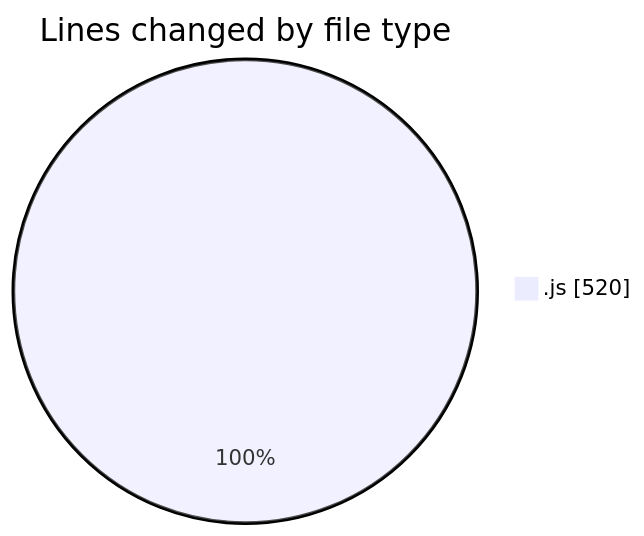
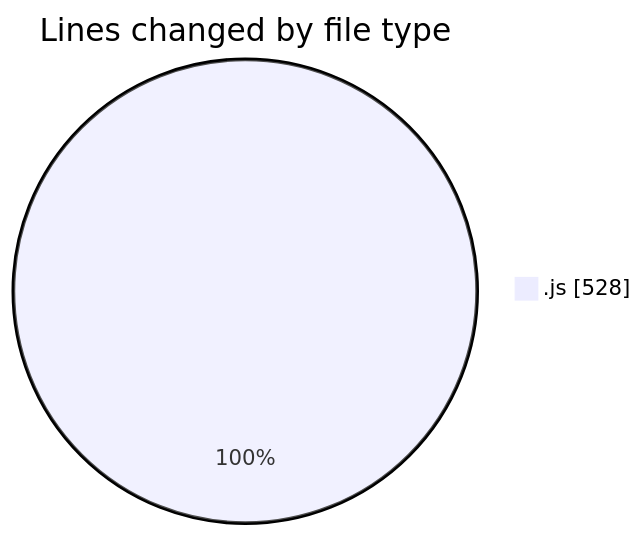
The first of 2 diagrams in 2025-01-01/downloads/README.md (3Nya3/code-tracking), drawn with Mermaid before and after one commit. The commit also changed other lines of this file and 1 other file, not shown here.

````diff
--- a/2025-01-01/downloads/README.md
+++ b/2025-01-01/downloads/README.md
@@ -20,5 +20,5 @@
 ```mermaid
 pie showData
 title Lines changed by file type
-".js" : 520
+".js" : 528
 ```
````
